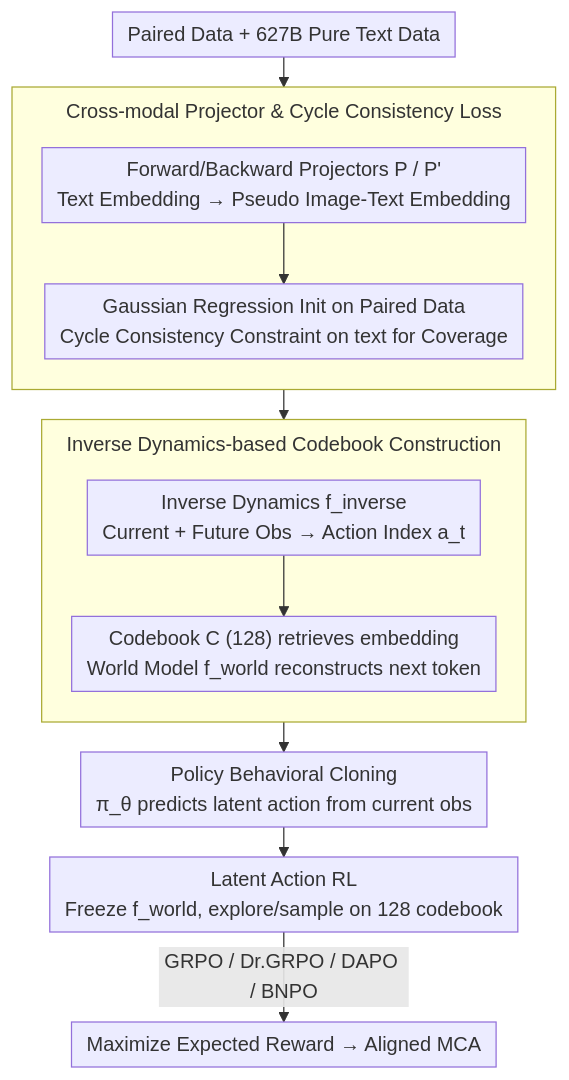
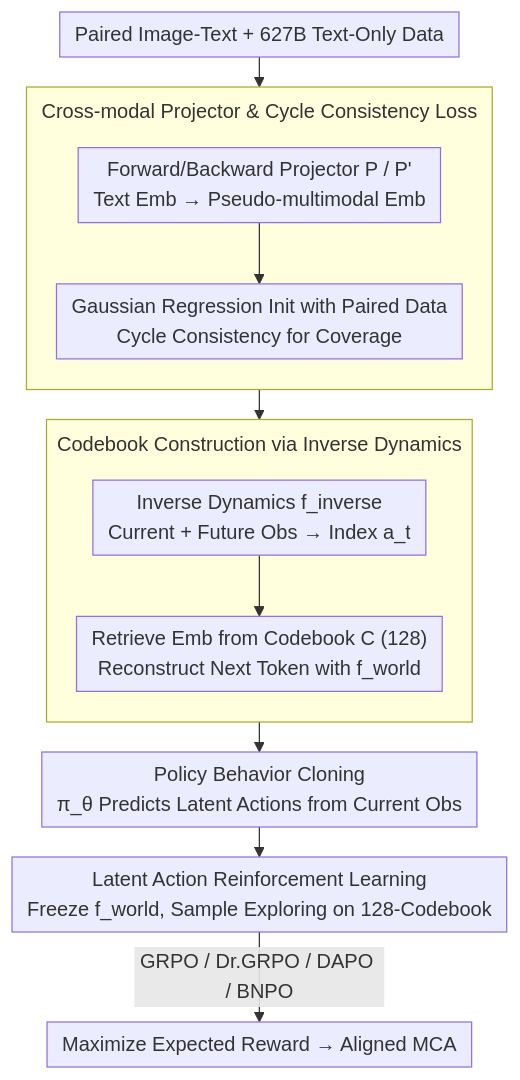
One commit to zhaoyang97/Paper-Notes-en changed the diagram in docs/ACL2026/reinforcement_learning/controlling_multimodal_conversational_agents_with_coverage-enhanced_latent_actio.md. Above: the diagram before and after it, drawn with Mermaid. The commit also changed other lines of this file and 5084 other files, not shown here.

````diff
--- a/docs/ACL2026/reinforcement_learning/controlling_multimodal_conversational_agents_with_coverage-enhanced_latent_actio.md
+++ b/docs/ACL2026/reinforcement_learning/controlling_multimodal_conversational_agents_with_coverage-enhanced_latent_actio.md
@@ -45,17 +45,17 @@
 ```mermaid
 %%{init: {'flowchart': {'rankSpacing': 24, 'nodeSpacing': 28, 'padding': 6, 'wrappingWidth': 400, 'subGraphTitleMargin': {'top': 8, 'bottom': 16}}}}%%
 flowchart TD
-    A["Paired Data + 627B Pure Text Data"] --> PROJ
+    A["Paired Image-Text + 627B Text-Only Data"] --> PROJ
     subgraph PROJ["Cross-modal Projector & Cycle Consistency Loss"]
         direction TB
-        B["Forward/Backward Projectors P / P'<br/>Text Embedding → Pseudo Image-Text Embedding"] --> C["Gaussian Regression Init on Paired Data<br/>Cycle Consistency Constraint on text for Coverage"]
+        B["Forward/Backward Projector P / P'<br/>Text Emb → Pseudo-multimodal Emb"] --> C["Gaussian Regression Init with Paired Data<br/>Cycle Consistency for Coverage"]
     end
     PROJ --> CODE
-    subgraph CODE["Inverse Dynamics-based Codebook Construction"]
+    subgraph CODE["Codebook Construction via Inverse Dynamics"]
         direction TB
-        D["Inverse Dynamics f_inverse<br/>Current + Future Obs → Action Index a_t"] --> E["Codebook C (128) retrieves embedding<br/>World Model f_world reconstructs next token"]
+        D["Inverse Dynamics f_inverse<br/>Current + Future Obs → Index a_t"] --> E["Retrieve Emb from Codebook C (128)<br/>Reconstruct Next Token with f_world"]
     end
-    CODE --> F["Policy Behavioral Cloning<br/>π_θ predicts latent action from current obs"]
-    F --> G["Latent Action RL<br/>Freeze f_world, explore/sample on 128 codebook"]
+    CODE --> F["Policy Behavior Cloning<br/>π_θ Predicts Latent Actions from Current Obs"]
+    F --> G["Latent Action Reinforcement Learning<br/>Freeze f_world, Sample Exploring on 128-Codebook"]
     G -->|GRPO / Dr.GRPO / DAPO / BNPO| H["Maximize Expected Reward → Aligned MCA"]
 ```
````
